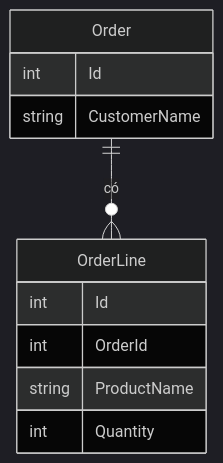
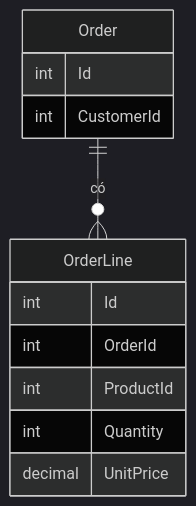
Before and after one commit to vielang/vielang: the diagram in content/it/aspnet-core/04-du-lieu-voi-ef-core/04-quan-he-mot-nhieu.md, drawn with Mermaid (dark theme). The commit also changed other lines of this file and 38 other files, not shown here.

````diff
--- a/content/it/aspnet-core/04-du-lieu-voi-ef-core/04-quan-he-mot-nhieu.md
+++ b/content/it/aspnet-core/04-du-lieu-voi-ef-core/04-quan-he-mot-nhieu.md
@@ -81,14 +92,15 @@
 ```mermaid Một Order có nhiều OrderLine, nối qua OrderId
 erDiagram
     Order ||--o{ OrderLine : "có"
     Order {
         int Id
-        string CustomerName
+        int CustomerId
     }
     OrderLine {
         int Id
         int OrderId
-        string ProductName
+        int ProductId
         int Quantity
+        decimal UnitPrice
     }
 ```
````
